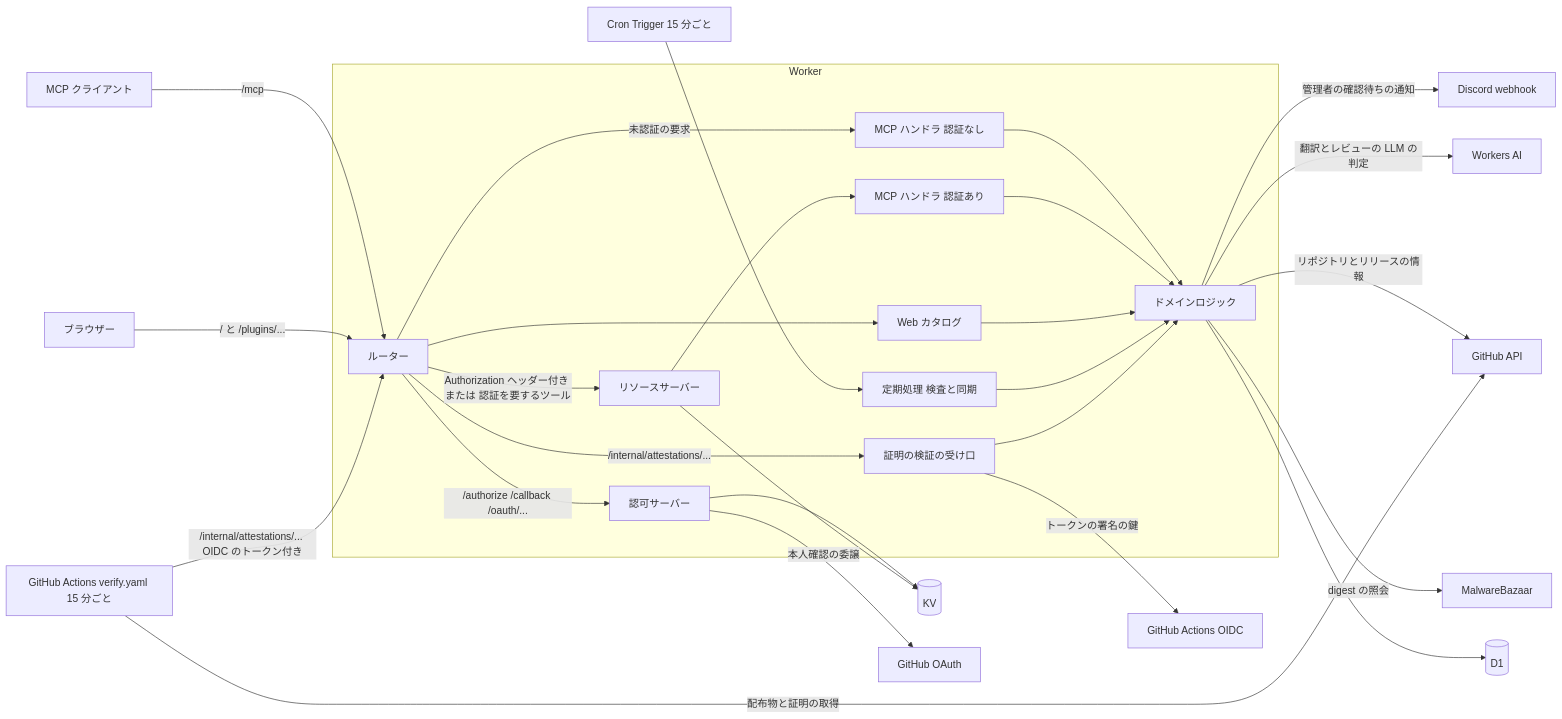
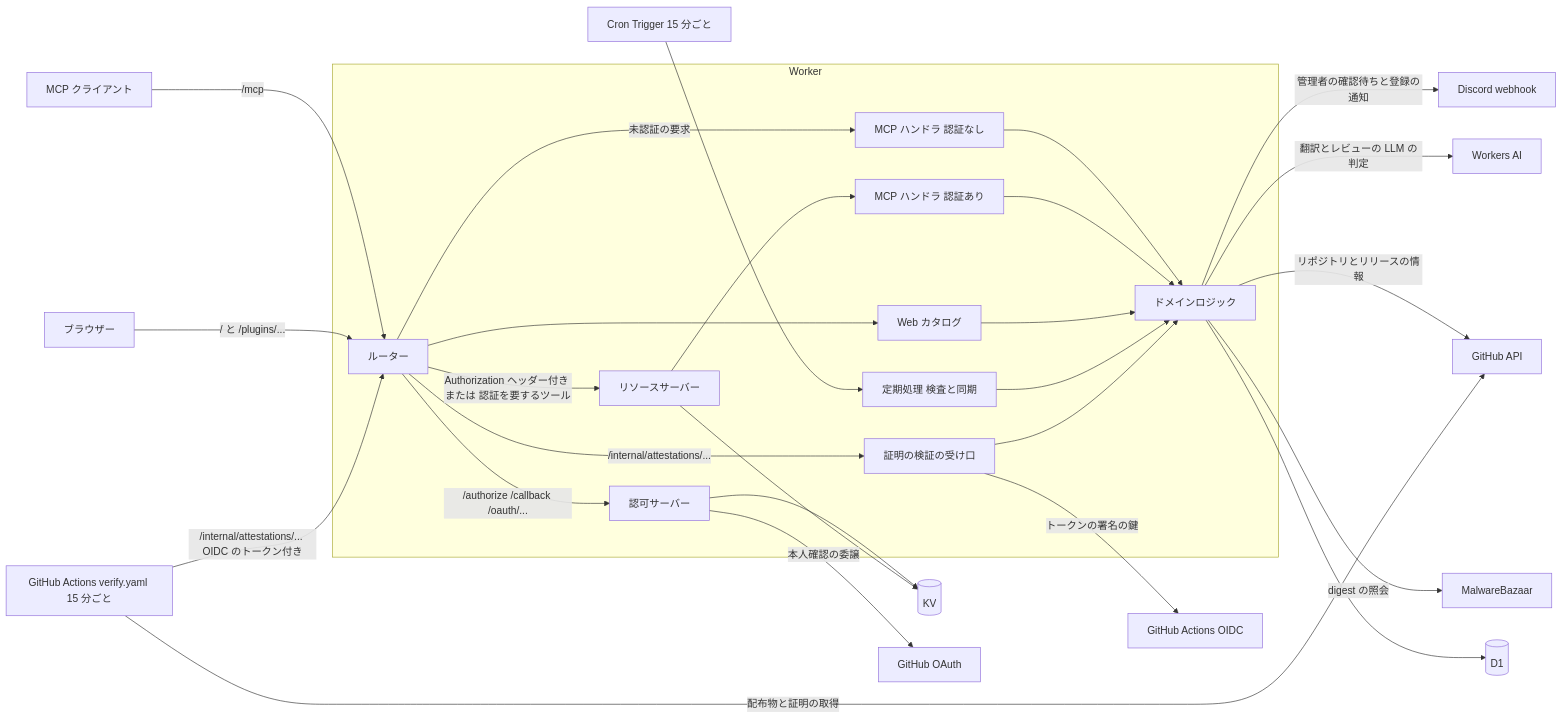
One commit to AllegroMoltoV/plugin-soko-kun changed the diagram in docs/design/architecture.md. Above: the diagram before and after it, drawn with Mermaid. The commit also changed 13 other files, not shown here.

````diff
--- a/docs/design/architecture.md
+++ b/docs/design/architecture.md
@@ -17,32 +17,32 @@
 ```mermaid
 flowchart LR
   agent[MCP クライアント] -->|/mcp| router
   browser[ブラウザー] -->|/ と /plugins/...| router
   cron[Cron Trigger 15 分ごと] --> scheduled
   verify[GitHub Actions verify.yaml 15 分ごと] -->|/internal/attestations/... OIDC のトークン付き| router
   subgraph worker[Worker]
     router[ルーター]
     router -->|未認証の要求| mcpPublic[MCP ハンドラ 認証なし]
     router -->|Authorization ヘッダー付き または 認証を要するツール| rs[リソースサーバー]
     rs --> mcpAuth[MCP ハンドラ 認証あり]
     router -->|/authorize /callback /oauth/...| as[認可サーバー]
     router --> web[Web カタログ]
     router -->|/internal/attestations/...| attest[証明の検証の受け口]
     scheduled[定期処理 検査と同期]
     mcpPublic --> domain[ドメインロジック]
     mcpAuth --> domain
     web --> domain
     scheduled --> domain
     attest --> domain
   end
   as --> kv[(KV)]
   rs --> kv
   as -->|本人確認の委譲| ghOAuth[GitHub OAuth]
   attest -->|トークンの署名の鍵| ghOidc[GitHub Actions OIDC]
   domain --> d1[(D1)]
   domain -->|リポジトリとリリースの情報| ghApi[GitHub API]
   domain -->|digest の照会| scanners[MalwareBazaar]
   domain -->|翻訳とレビューの LLM の判定| ai[Workers AI]
-  domain -->|管理者の確認待ちの通知| discord[Discord webhook]
+  domain -->|管理者の確認待ちと登録の通知| discord[Discord webhook]
   verify -->|配布物と証明の取得| ghApi
 ```
````
